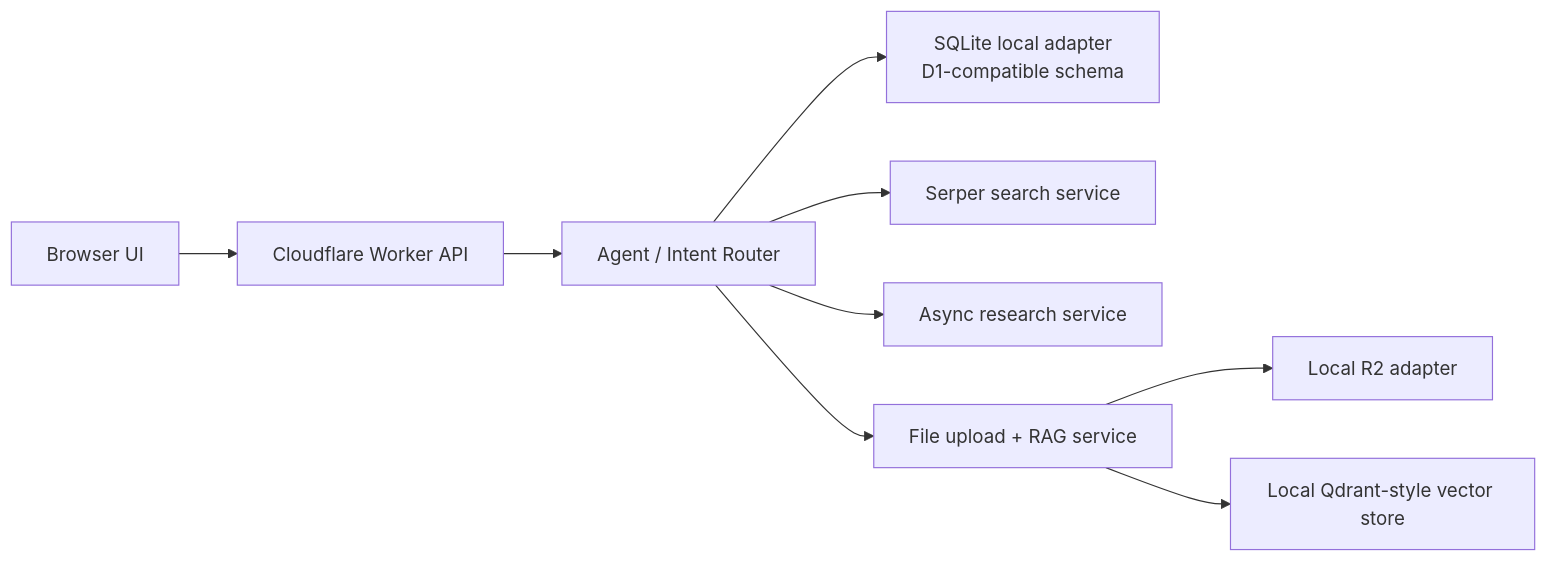
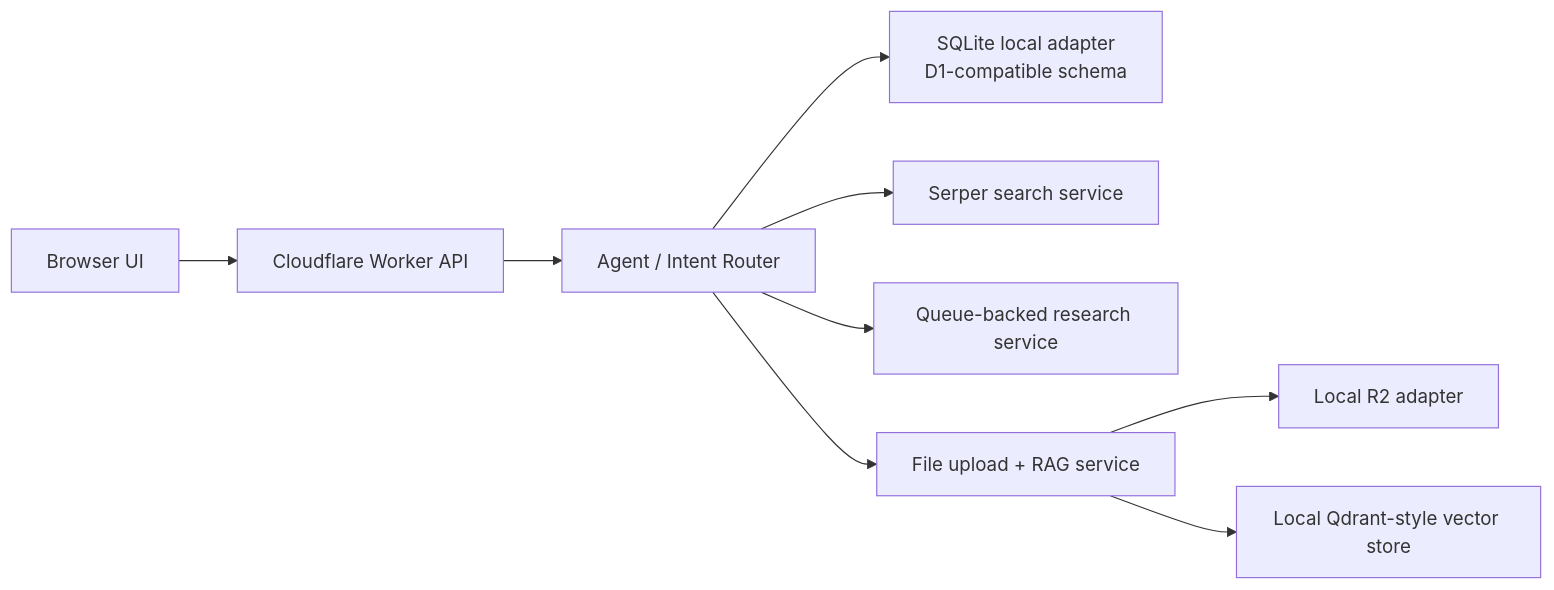
The diagram in docs/IMPLEMENTATION.md (boluo250/homework), drawn with Mermaid before and after one commit. The commit also changed other lines of this file and 21 other files, not shown here.

````diff
--- a/docs/IMPLEMENTATION.md
+++ b/docs/IMPLEMENTATION.md
@@ -40,11 +40,11 @@
 ```mermaid
 flowchart LR
   Browser["Browser UI"] --> Worker["Cloudflare Worker API"]
   Worker --> Agent["Agent / Intent Router"]
   Agent --> Repo["SQLite local adapter<br/>D1-compatible schema"]
   Agent --> Search["Serper search service"]
-  Agent --> Research["Async research service"]
+  Agent --> Research["Queue-backed research service"]
   Agent --> Files["File upload + RAG service"]
   Files --> R2["Local R2 adapter"]
   Files --> Qdrant["Local Qdrant-style vector store"]
 ```
````
